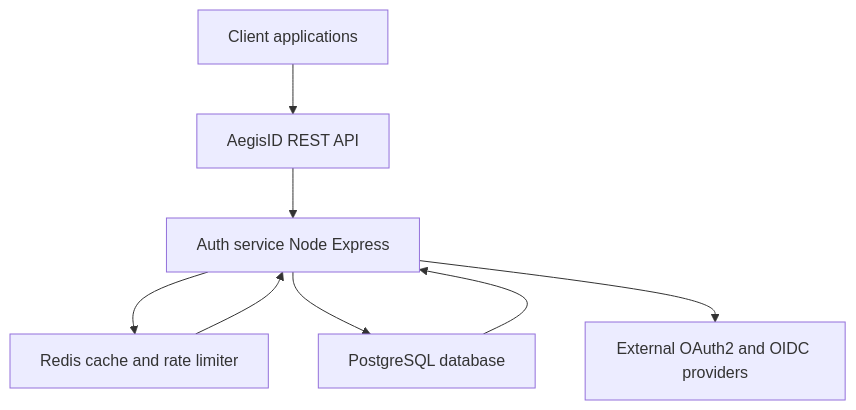
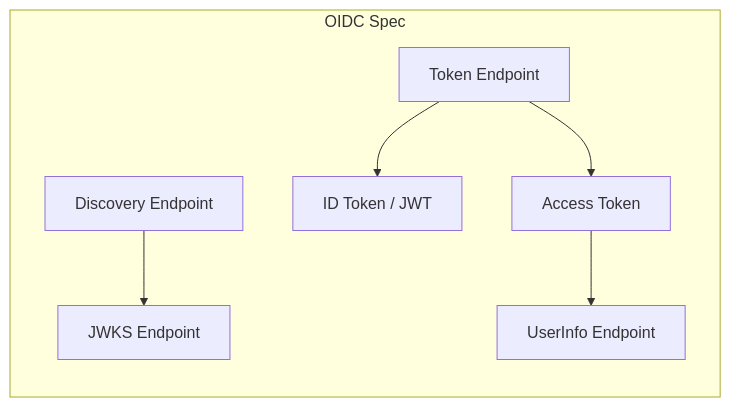
The sixth of 10 diagrams in README.md (ayushsinghh0/aegisid-auth-server), drawn with Mermaid before and after one commit. The commit also changed other lines of this file, not shown here.

````diff
--- a/README.md
+++ b/README.md
@@ -50,17 +206,9 @@
 ```mermaid
-flowchart TD
-    Clients[Client applications]
-    Api[AegisID REST API]
-    AuthService[Auth service Node Express]
-    RedisCache[Redis cache and rate limiter]
-    PostgresDB[PostgreSQL database]
-    OAuthProviders[External OAuth2 and OIDC providers]
-
-    Clients --> Api
-    Api --> AuthService
-    AuthService --> RedisCache
-    AuthService --> PostgresDB
-    AuthService --> OAuthProviders
-    RedisCache --> AuthService
-    PostgresDB --> AuthService
+graph LR
+    subgraph OIDC Spec
+        Discovery[Discovery Endpoint] --> Keys[JWKS Endpoint]
+        Tokens[Token Endpoint] --> IDToken[ID Token / JWT]
+        Tokens --> AccessToken[Access Token]
+        AccessToken --> UserInfo[UserInfo Endpoint]
+    end
 ```
````
